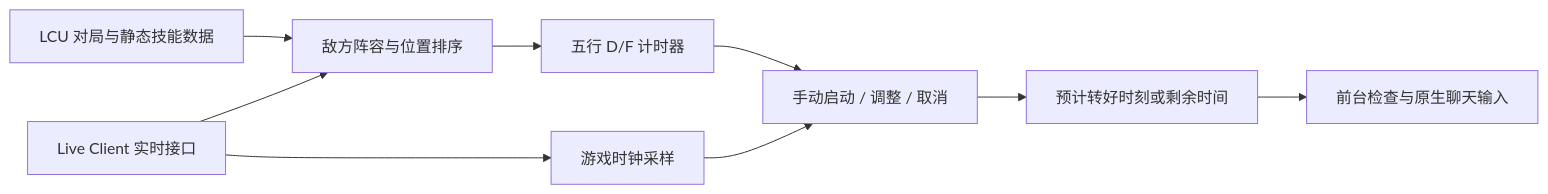
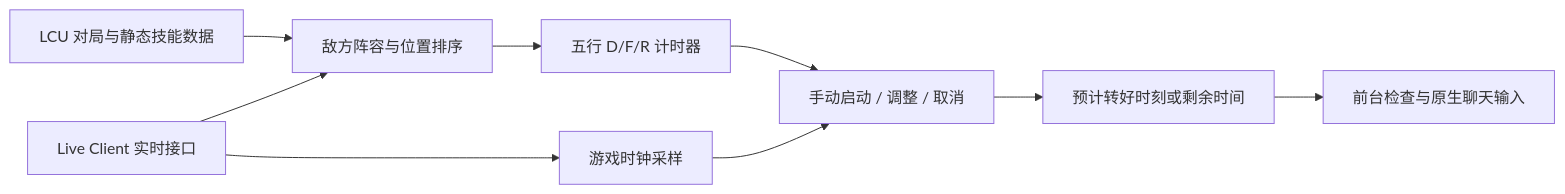
Before and after one commit to Spelight/league-akari-timer: the diagram in docs/timer/implementation.md, drawn with Mermaid. The commit also changed other lines of this file and 19 other files, not shown here.

````diff
--- a/docs/timer/implementation.md
+++ b/docs/timer/implementation.md
@@ -19,11 +19,11 @@
 ```mermaid
 flowchart LR
   LCU[LCU 对局与静态技能数据] --> Rows[敌方阵容与位置排序]
   Live[Live Client 实时接口] --> Rows
   Live --> Clock[游戏时钟采样]
-  Rows --> UI[五行 D/F 计时器]
+  Rows --> UI[五行 D/F/R 计时器]
   UI --> Timer[手动启动 / 调整 / 取消]
   Clock --> Timer
   Timer --> Format[预计转好时刻或剩余时间]
   Format --> Send[前台检查与原生聊天输入]
 ```
````
